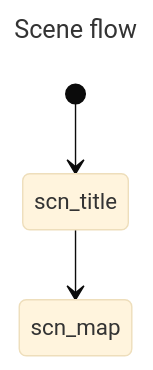
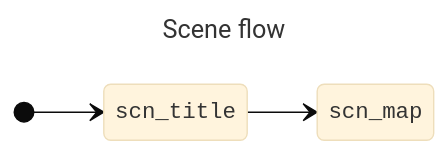
Before and after one commit to diogotito/hello-gbc: the diagram in ARCHITECTURE.md, drawn with Mermaid (base theme).

Commit message:
Change ARCHITECTURE Scene flow diagram layout

````diff
--- a/ARCHITECTURE.md
+++ b/ARCHITECTURE.md
@@ -51,8 +51,10 @@
 ```mermaid
 ---
 title: Scene flow
 ---
 stateDiagram-v2
-    [*] --> scn_title
-    scn_title --> scn_map
+    classDef code_id font-family:monospace
+    direction LR
+    [*] --> scn_title:::code_id
+    scn_title --> scn_map:::code_id
 ```
````
